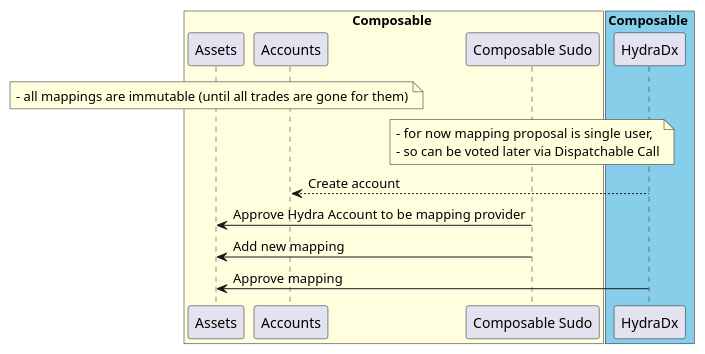
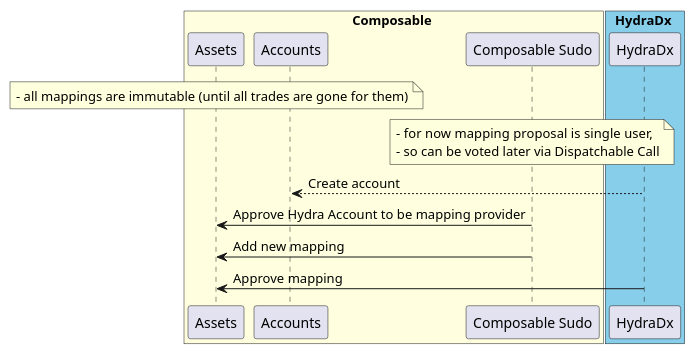
The diagram in frame/xcmp/asset-id-mapping.plantuml (ComposableFi/composable), drawn with PlantUML before and after one commit. The commit also changed 4 other files, not shown here.

```diff
--- a/frame/xcmp/asset-id-mapping.plantuml
+++ b/frame/xcmp/asset-id-mapping.plantuml
@@ -1,30 +1,30 @@
 @startuml
 
 box Composable #LightYellow
   participant "Assets" as pas
   note over pas
     - all mappings are immutable (until all trades are gone for them)
   end note
   participant "Accounts" as pa
   participant "Composable Sudo" as pac
   note over pac
     - for now mapping proposal is single user,
     - so can be voted later via Dispatchable Call
   end note
 
 end box
 
-box Composable #SkyBlue
+box HydraDx #SkyBlue
   participant "HydraDx" as pah
 end box
 
 pah --> pa : Create account
 
 pac -> pas: Approve Hydra Account to be mapping provider
 
 pac -> pas: Add new mapping
 
 pah -> pas: Approve mapping
 
 
 @enduml
```
